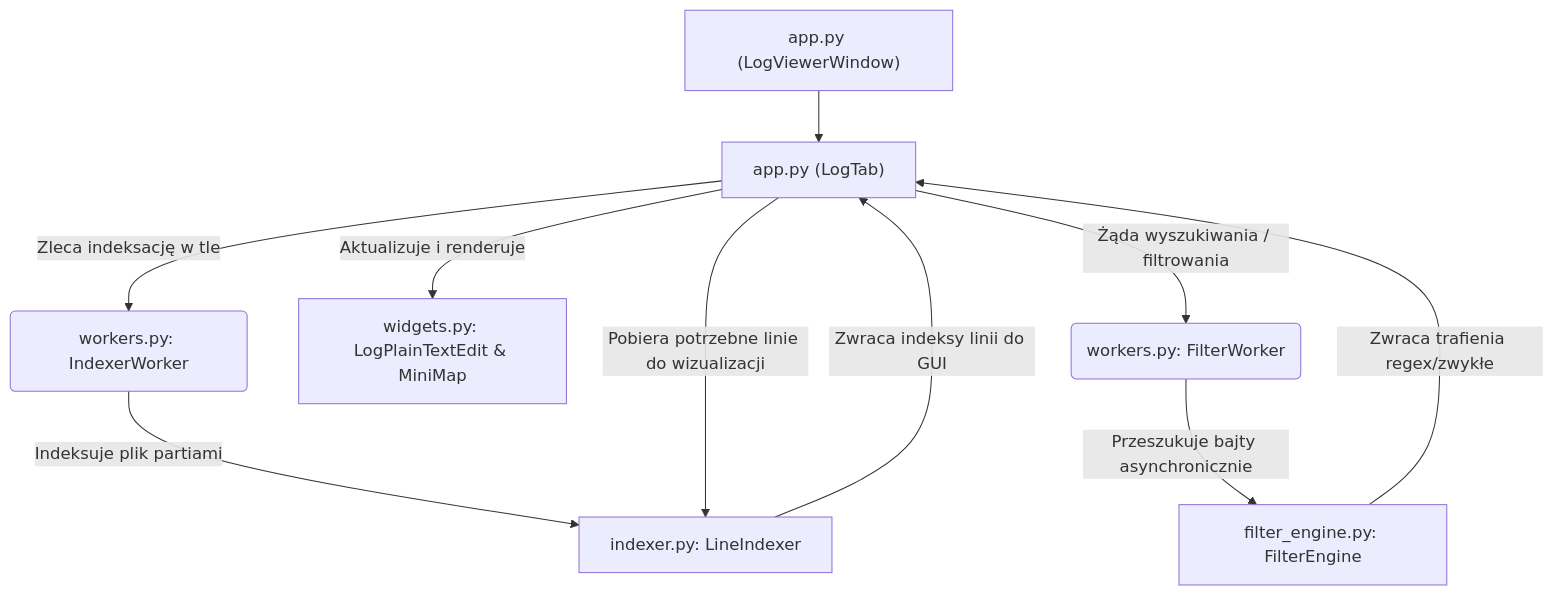
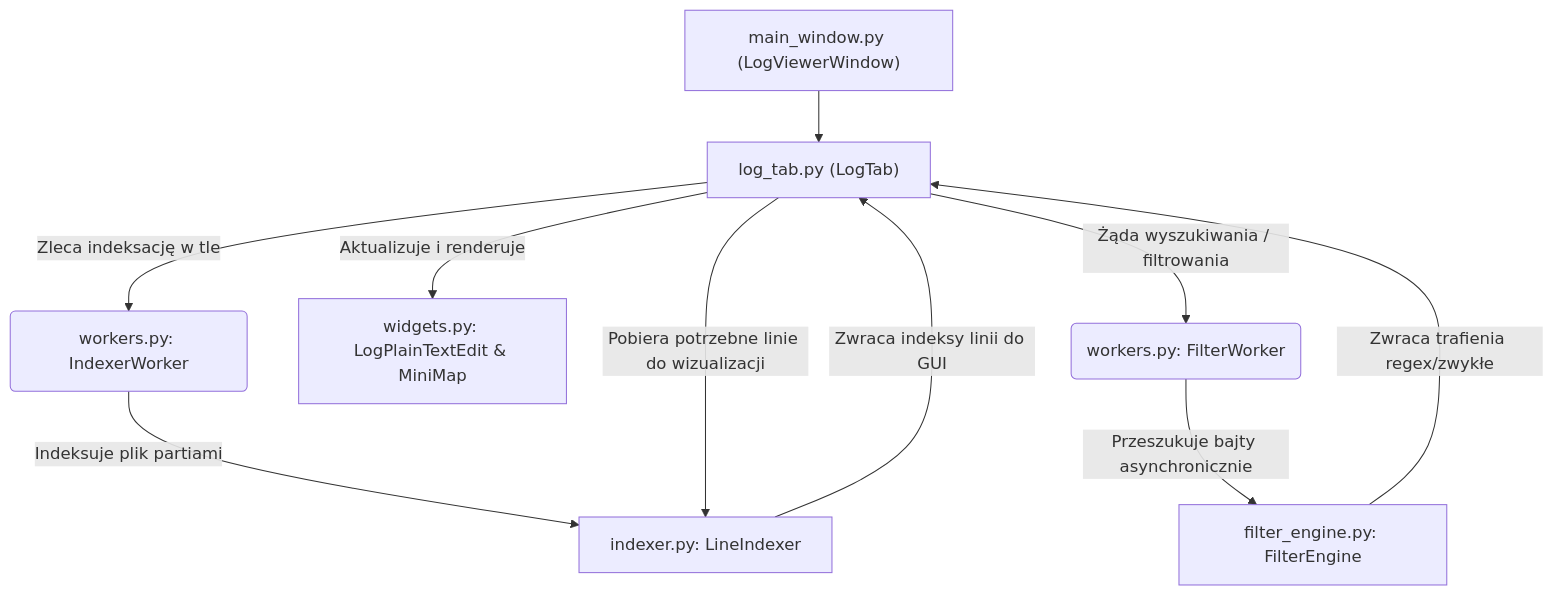
The diagram in ARCHITECTURE.md (asmodeus94/log-viewer), drawn with Mermaid before and after one commit. The commit also changed other lines of this file and 7 other files, not shown here.

First line of the commit message:
refactor: wydzielenie klas LogTab i LogViewerWindow do osobnych plików

````diff
--- a/ARCHITECTURE.md
+++ b/ARCHITECTURE.md
@@ -9,13 +9,13 @@
 ```mermaid
 flowchart TD
-    A["app.py (LogViewerWindow)"] --> B["app.py (LogTab)"]
-    B -->|Zleca indeksację w tle| C("workers.py: IndexerWorker")
-    C -->|Indeksuje plik partiami| D["indexer.py: LineIndexer"]
-    D -->|Zwraca indeksy linii do GUI| B
-    B -->|Pobiera potrzebne linie do wizualizacji| D
-    B -->|Aktualizuje i renderuje| E["widgets.py: LogPlainTextEdit & MiniMap"]
-    B -->|Żąda wyszukiwania / filtrowania| F("workers.py: FilterWorker")
-    F -->|Przeszukuje bajty asynchronicznie| G["filter_engine.py: FilterEngine"]
-    G -->|Zwraca trafienia regex/zwykłe| B
+    A["main_window.py (LogViewerWindow)"] --> B["log_tab.py (LogTab)"]
+    B -->|"Zleca indeksację w tle"| C("workers.py: IndexerWorker")
+    C -->|"Indeksuje plik partiami"| D["indexer.py: LineIndexer"]
+    D -->|"Zwraca indeksy linii do GUI"| B
+    B -->|"Pobiera potrzebne linie do wizualizacji"| D
+    B -->|"Aktualizuje i renderuje"| E["widgets.py: LogPlainTextEdit & MiniMap"]
+    B -->|"Żąda wyszukiwania / filtrowania"| F("workers.py: FilterWorker")
+    F -->|"Przeszukuje bajty asynchronicznie"| G["filter_engine.py: FilterEngine"]
+    G -->|"Zwraca trafienia regex/zwykłe"| B
 
 ```
````
